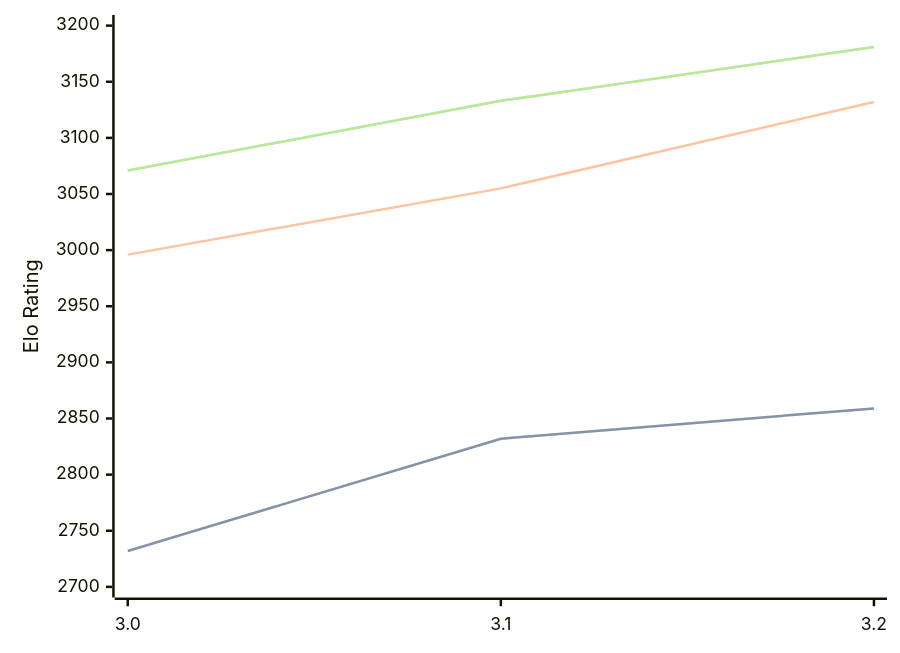
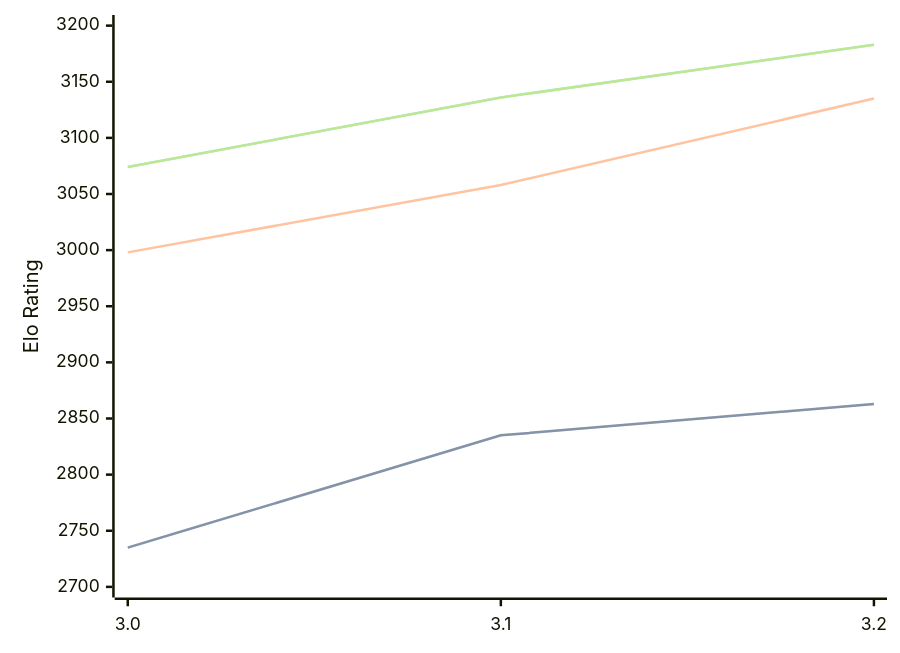
The diagram in engines/Vajolet2.md (computer-chess-index/cci), drawn with Mermaid before and after one commit. The commit also changed other lines of this file, not shown here.

Commit message:
Update CCI Ratings (ELO VLTC) - 2026-09-24

````diff
--- a/engines/Vajolet2.md
+++ b/engines/Vajolet2.md
@@ -33,11 +33,11 @@
 ```mermaid
 %%{init: {"theme":"base","themeVariables":{"seriesColors:['#a3a3a3','#222221','#faa371']}}}%%
 xychart-beta
   x-axis ["3.0", "3.1", "3.2"]
   y-axis "Elo Rating" 2700 --> 3200
-  line "" [2732, 2832, 2859]
-  line "STC (8.0+0.08s)" [2732, 2832, 2859]
-  line "LTC (60.0+0.60s)" [2996, 3055, 3132]
-  line "" [3071, 3133, 3181]
-  line "VLTC (2m24s+1.12s)" [3071, 3133, 3181]
+  line "" [2735, 2835, 2863]
+  line "STC (8.0+0.08s)" [2735, 2835, 2863]
+  line "LTC (60.0+0.60s)" [2998, 3058, 3135]
+  line "" [3074, 3136, 3183]
+  line "VLTC (2m24s+1.12s)" [3074, 3136, 3183]
 ```
````
